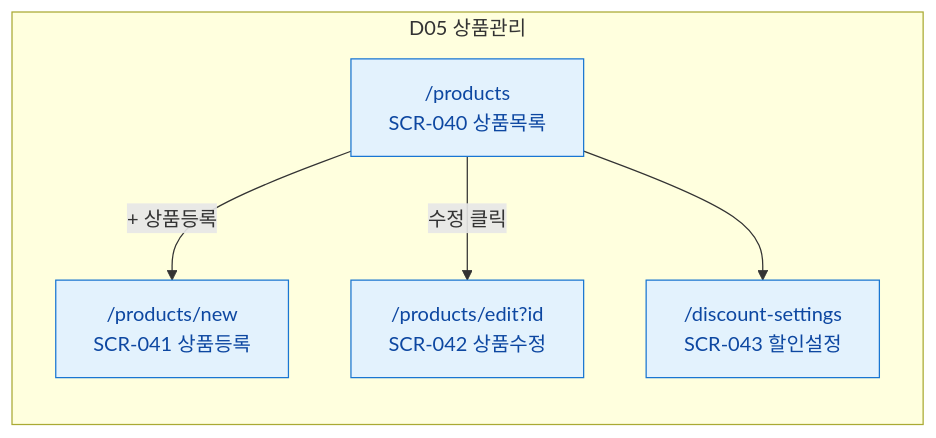
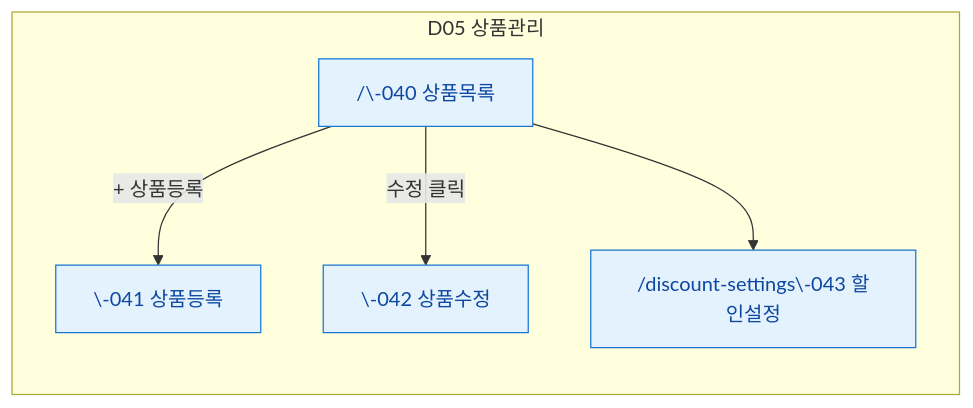
The sixth of 11 diagrams in docs/다이어그램/00_사이트맵/N2_도메인별_사이트맵.md (dev-spogym/admin-pando), drawn with Mermaid before and after one commit. The commit also changed other lines of this file and 1660 other files, not shown here.

First line of the commit message:
다이어그램: 기획자/클라이언트 납품본으로 정리

````diff
--- a/docs/다이어그램/00_사이트맵/N2_도메인별_사이트맵.md
+++ b/docs/다이어그램/00_사이트맵/N2_도메인별_사이트맵.md
@@ -151,16 +148,16 @@
 ```mermaid
 flowchart LR
     subgraph D05["D05 상품관리"]
-        SCR040["/products\nSCR-040 상품목록"]
-        SCR041["/products/new\nSCR-041 상품등록"]
-        SCR042["/products/edit?id\nSCR-042 상품수정"]
-        SCR043["/discount-settings\nSCR-043 할인설정"]
+        SCR040["/\-040 상품목록"]
+        SCR041["\-041 상품등록"]
+        SCR042["\-042 상품수정"]
+        SCR043["/discount-settings\-043 할인설정"]
     end
 
-    SCR040 -->|"+ 상품등록"| SCR041
-    SCR040 -->|"수정 클릭"| SCR042
+    SCR040 -->|"+ 상품등록"|SCR041
+    SCR040 -->|"수정 클릭"|SCR042
     SCR040 --> SCR043
 
     classDef screen fill:#E3F2FD,stroke:#1976D2,color:#0D47A1
     class SCR040,SCR041,SCR042,SCR043 screen
 ```
````
